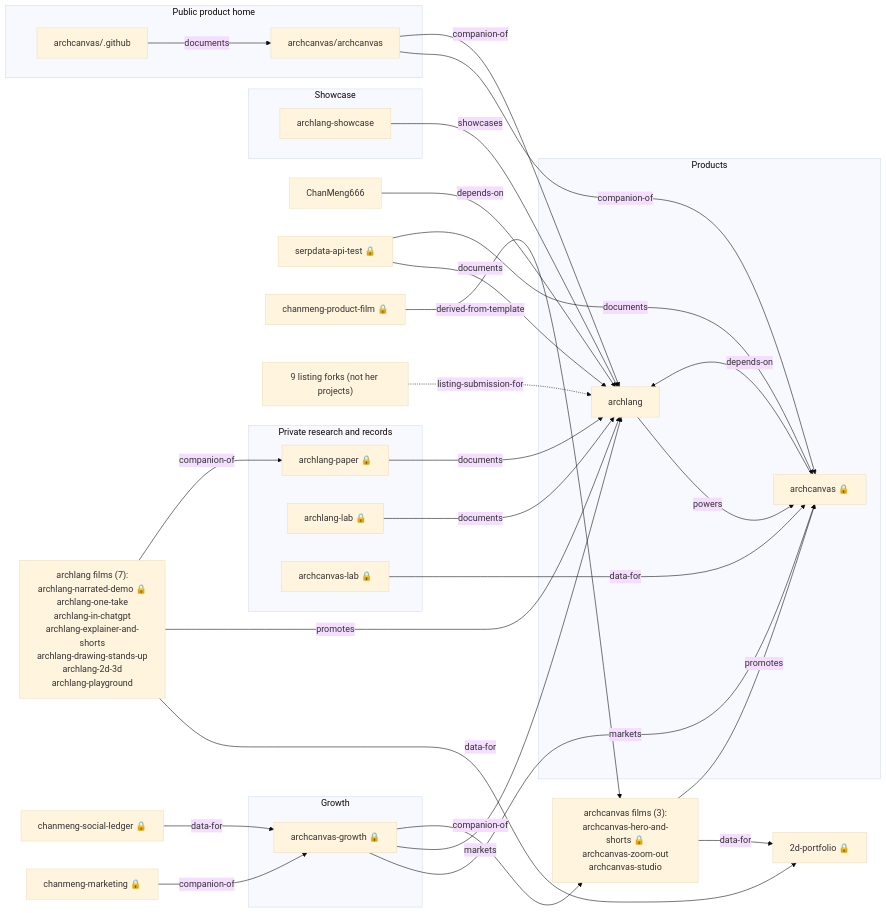
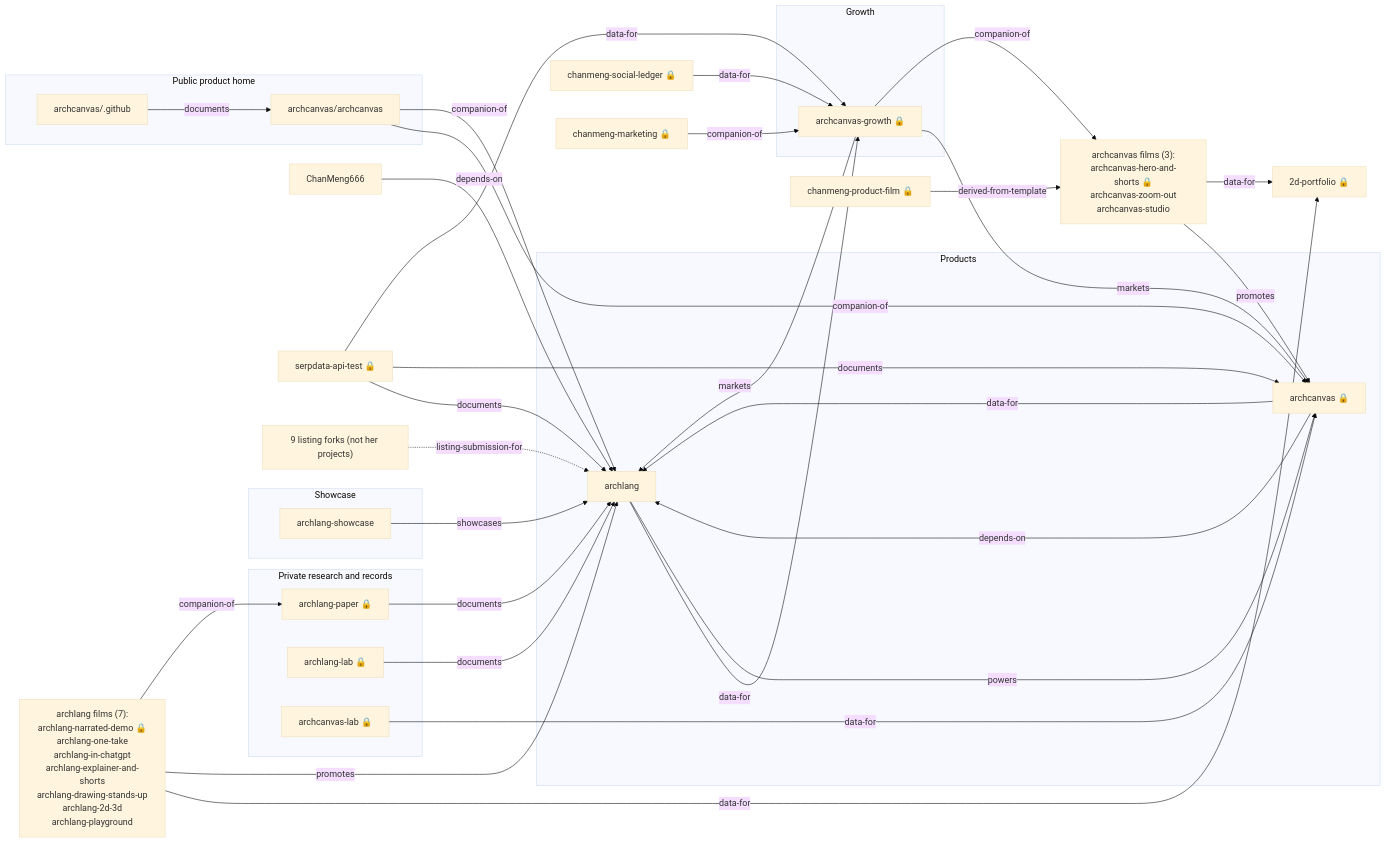
The diagram in docs/ecosystem/archlang-context.md (ChanMeng666/ChanMeng666), drawn with Mermaid (base theme) before and after one commit. The commit also changed other lines of this file and 4 other files, not shown here.

First line of the commit message:
docs(ecosystem): archlang-context.md is generated again; serpdata-api-test feeds archcanvas-growth

````diff
--- a/docs/ecosystem/archlang-context.md
+++ b/docs/ecosystem/archlang-context.md
@@ -26,55 +26,58 @@
 ```mermaid
 flowchart LR
   subgraph Products["Products"]
     ChanMeng666_archlang["archlang"]
     ChanMeng666_archcanvas["archcanvas 🔒"]
   end
   subgraph Growth["Growth"]
     ChanMeng666_archcanvas_growth["archcanvas-growth 🔒"]
   end
   subgraph Private_research_and_records["Private research and records"]
     ChanMeng666_archlang_paper["archlang-paper 🔒"]
     ChanMeng666_archlang_lab["archlang-lab 🔒"]
     ChanMeng666_archcanvas_lab["archcanvas-lab 🔒"]
   end
   subgraph Showcase["Showcase"]
     ChanMeng666_archlang_showcase["archlang-showcase"]
   end
   subgraph Public_product_home["Public product home"]
     archcanvas_archcanvas["archcanvas/archcanvas"]
     archcanvas__github["archcanvas/.github"]
   end
   films_ChanMeng666_archcanvas["archcanvas films (3):<br/>archcanvas-hero-and-shorts 🔒<br/>archcanvas-zoom-out<br/>archcanvas-studio"]
   films_ChanMeng666_archlang["archlang films (7):<br/>archlang-narrated-demo 🔒<br/>archlang-one-take<br/>archlang-in-chatgpt<br/>archlang-explainer-and-shorts<br/>archlang-drawing-stands-up<br/>archlang-2d-3d<br/>archlang-playground"]
   ChanMeng666_chanmeng_social_ledger["chanmeng-social-ledger 🔒"]
   ChanMeng666_2d_portfolio["2d-portfolio 🔒"]
   ChanMeng666_ChanMeng666["ChanMeng666"]
   ChanMeng666_chanmeng_marketing["chanmeng-marketing 🔒"]
   ChanMeng666_serpdata_api_test["serpdata-api-test 🔒"]
   ChanMeng666_chanmeng_product_film["chanmeng-product-film 🔒"]
   ChanMeng666_chanmeng_social_ledger -->|data-for| ChanMeng666_archcanvas_growth
   ChanMeng666_archcanvas -->|depends-on| ChanMeng666_archlang
+  ChanMeng666_archlang -->|data-for| ChanMeng666_archcanvas_growth
+  ChanMeng666_archcanvas -->|data-for| ChanMeng666_archlang
   ChanMeng666_archlang -->|powers| ChanMeng666_archcanvas
   archcanvas_archcanvas -->|companion-of| ChanMeng666_archcanvas
   archcanvas__github -->|documents| archcanvas_archcanvas
   ChanMeng666_archcanvas_growth -->|markets| ChanMeng666_archcanvas
   ChanMeng666_archcanvas_growth -->|markets| ChanMeng666_archlang
   films_ChanMeng666_archcanvas -->|promotes| ChanMeng666_archcanvas
   films_ChanMeng666_archcanvas -->|data-for| ChanMeng666_2d_portfolio
   films_ChanMeng666_archlang -->|data-for| ChanMeng666_2d_portfolio
   ChanMeng666_ChanMeng666 -->|depends-on| ChanMeng666_archlang
   ChanMeng666_chanmeng_marketing -->|companion-of| ChanMeng666_archcanvas_growth
   ChanMeng666_serpdata_api_test -->|documents| ChanMeng666_archlang
   ChanMeng666_serpdata_api_test -->|documents| ChanMeng666_archcanvas
+  ChanMeng666_serpdata_api_test -->|data-for| ChanMeng666_archcanvas_growth
   ChanMeng666_archcanvas_growth -->|companion-of| films_ChanMeng666_archcanvas
   ChanMeng666_archlang_paper -->|documents| ChanMeng666_archlang
   ChanMeng666_archlang_lab -->|documents| ChanMeng666_archlang
   ChanMeng666_archcanvas_lab -->|data-for| ChanMeng666_archcanvas
   ChanMeng666_archlang_showcase -->|showcases| ChanMeng666_archlang
   films_ChanMeng666_archlang -->|promotes| ChanMeng666_archlang
   films_ChanMeng666_archlang -->|companion-of| ChanMeng666_archlang_paper
   ChanMeng666_chanmeng_product_film -->|derived-from-template| films_ChanMeng666_archcanvas
   archcanvas_archcanvas -->|companion-of| ChanMeng666_archlang
   forks["9 listing forks (not her projects)"]
   forks -.->|listing-submission-for| ChanMeng666_archlang
 ```
````
